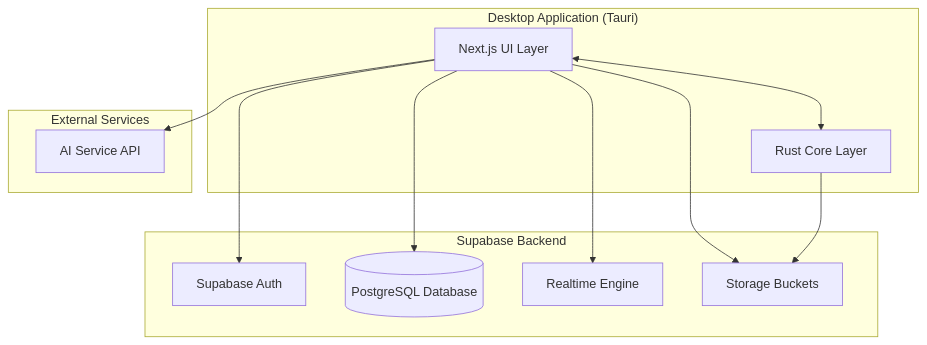
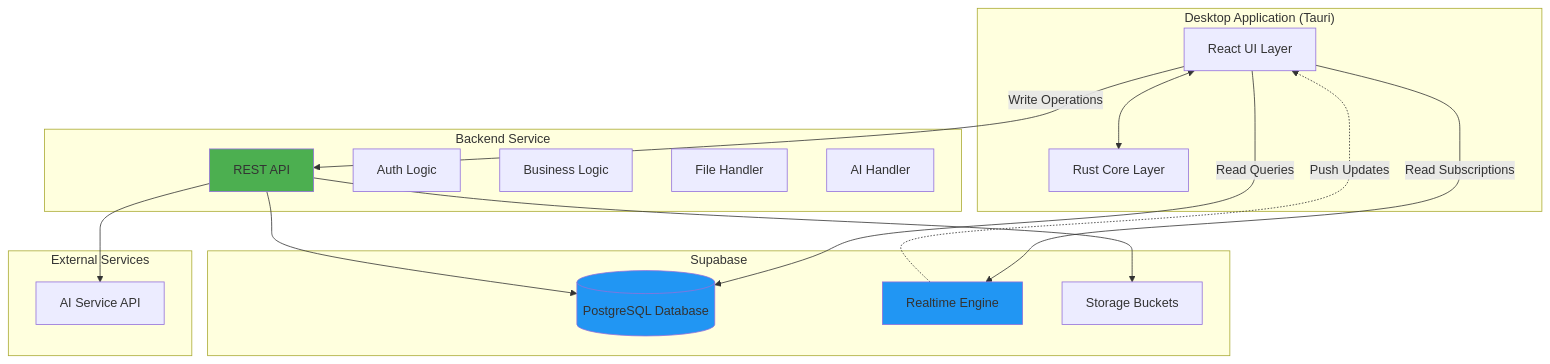
One commit to Crymzix/spirit-messenger changed the diagram in .kiro/specs/msn-messenger-clone/design.md. Above: the diagram before and after it, drawn with Mermaid. The commit also changed other lines of this file and 87 other files, not shown here.

Commit message:
Setup Supabase and initial schemas.

````diff
--- a/.kiro/specs/msn-messenger-clone/design.md
+++ b/.kiro/specs/msn-messenger-clone/design.md
@@ -20,26 +29,38 @@
 ```mermaid
 graph TB
     subgraph "Desktop Application (Tauri)"
-        UI[Next.js UI Layer]
+        UI[React UI Layer]
         Rust[Rust Core Layer]
         UI <--> Rust
     end
     
-    subgraph "Supabase Backend"
-        Auth[Supabase Auth]
+    subgraph "Backend Service"
+        API[REST API]
+        AuthLogic[Auth Logic]
+        BizLogic[Business Logic]
+        FileHandler[File Handler]
+        AIHandler[AI Handler]
+    end
+    
+    subgraph "Supabase"
         DB[(PostgreSQL Database)]
         Realtime[Realtime Engine]
         Storage[Storage Buckets]
     end
     
     subgraph "External Services"
         AI[AI Service API]
     end
     
-    UI --> Auth
-    UI --> DB
-    UI --> Realtime
-    UI --> Storage
-    Rust --> Storage
-    UI --> AI
+    UI -->|Write Operations| API
+    UI -->|Read Subscriptions| Realtime
+    UI -->|Read Queries| DB
+    API --> DB
+    API --> Storage
+    API --> AI
+    Realtime -.->|Push Updates| UI
+    
+    style API fill:#4CAF50
+    style Realtime fill:#2196F3
+    style DB fill:#2196F3
 ```
````
